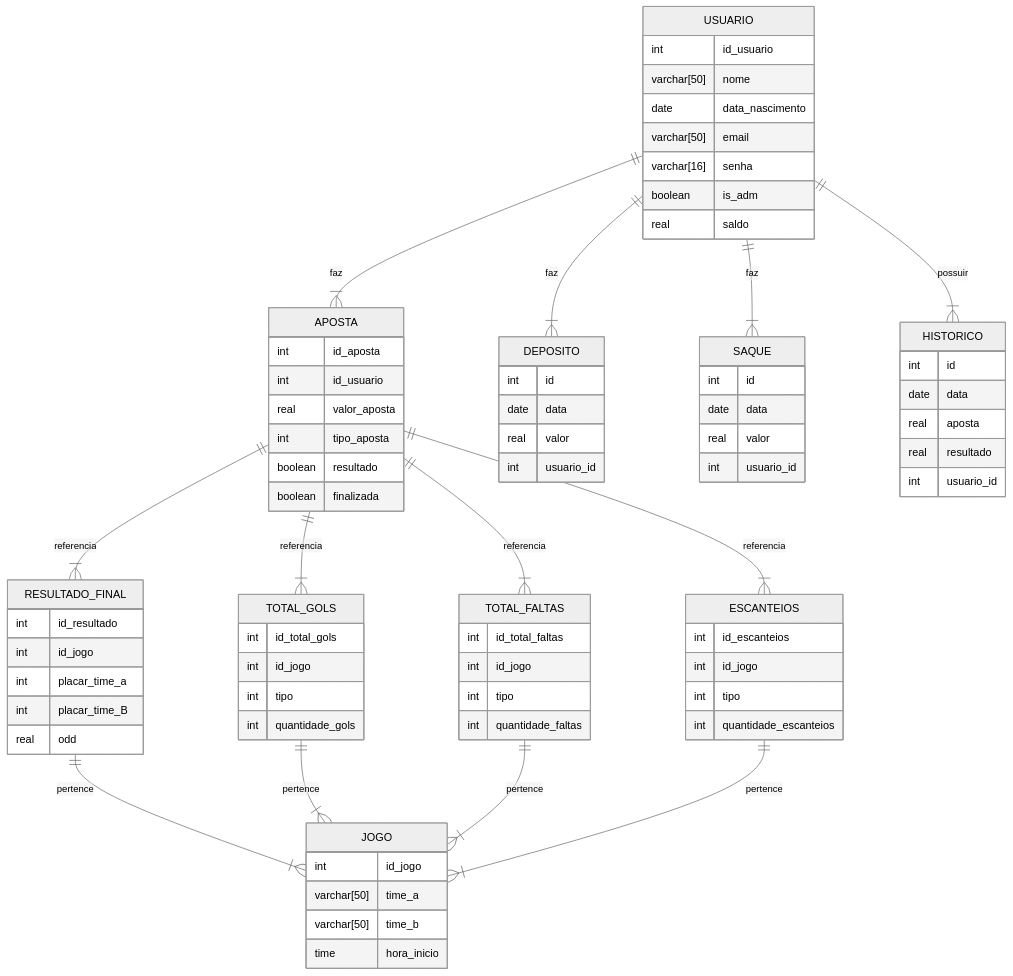
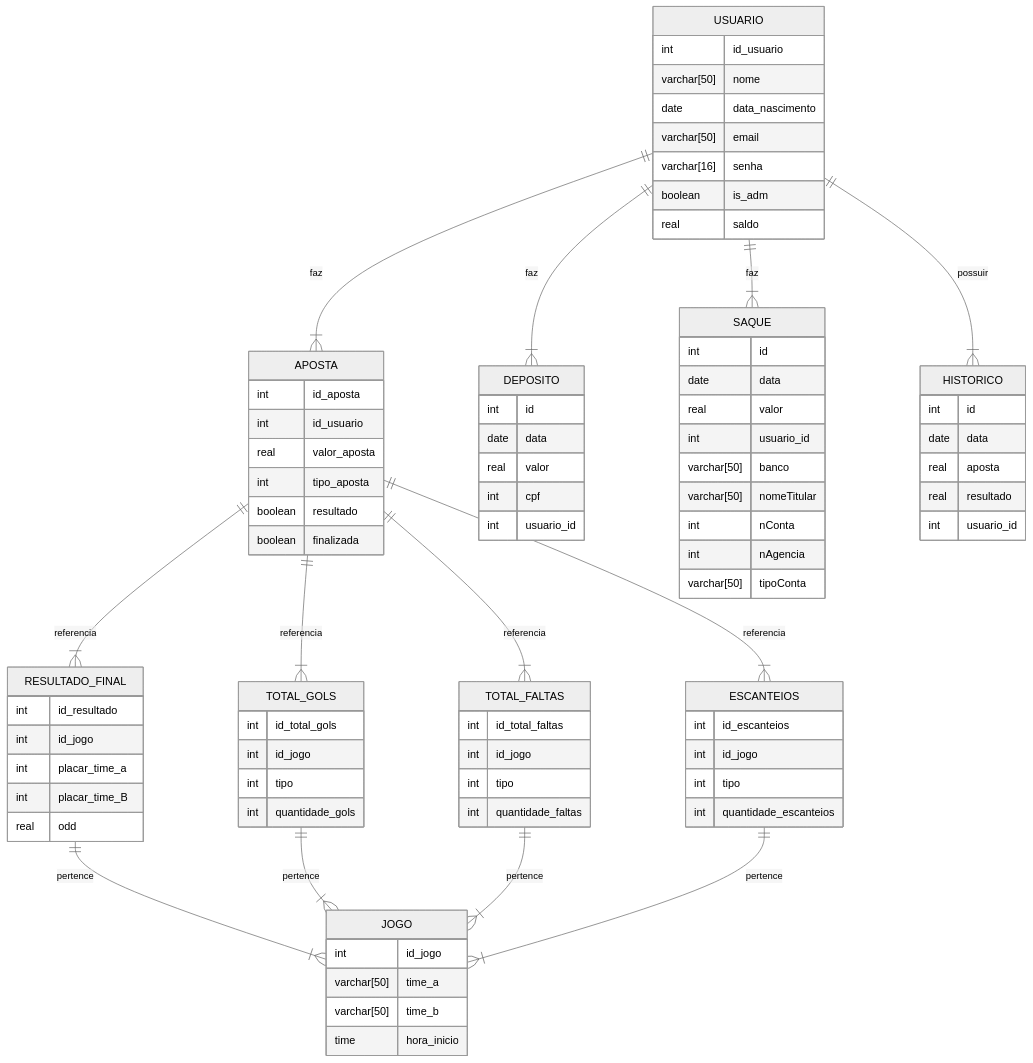
The diagram in docs/der/readmeDER.md (desenvolvimento-web-unifil/02-documentacao-nbg), drawn with Mermaid (neutral theme) before and after one commit.

Commit message:
Ajuste no DER

```diff
--- a/docs/der/readmeDER.md
+++ b/docs/der/readmeDER.md
@@ -43,6 +43,7 @@
     int id
     date data
     real valor
+    int cpf
     int usuario_id
 }
 SAQUE {
@@ -50,6 +51,11 @@
     date data
     real valor 
     int usuario_id
+    varchar[50] banco
+    varchar[50] nomeTitular
+    int nConta
+    int nAgencia
+    varchar[50] tipoConta
 }
 
 JOGO {
```
